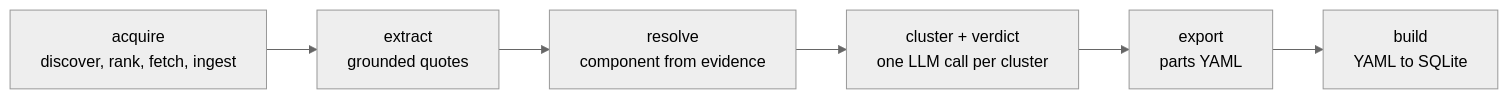
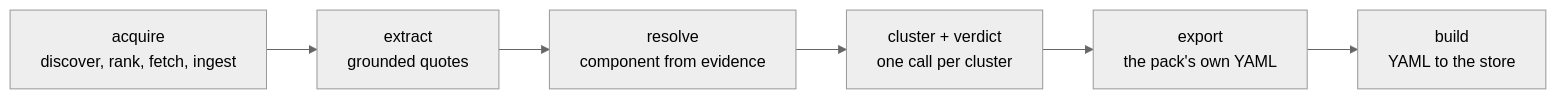
One commit to Berbadov/kriko changed the fourth of 4 diagrams in docs/INTERNALS.md. Above: the diagram before and after it, drawn with Mermaid (neutral theme). The commit also changed other lines of this file and 15 other files, not shown here.

````diff
--- a/docs/INTERNALS.md
+++ b/docs/INTERNALS.md
@@ -165,8 +175,8 @@
 ```mermaid
 flowchart LR
     A["acquire<br/>discover, rank, fetch, ingest"] --> X["extract<br/>grounded quotes"]
     X --> R["resolve<br/>component from evidence"]
-    R --> V["cluster + verdict<br/>one LLM call per cluster"]
-    V --> E["export<br/>parts YAML"]
-    E --> B["build<br/>YAML to SQLite"]
+    R --> V["cluster + verdict<br/>one call per cluster"]
+    V --> E["export<br/>the pack's own YAML"]
+    E --> B["build<br/>YAML to the store"]
 ```
````
